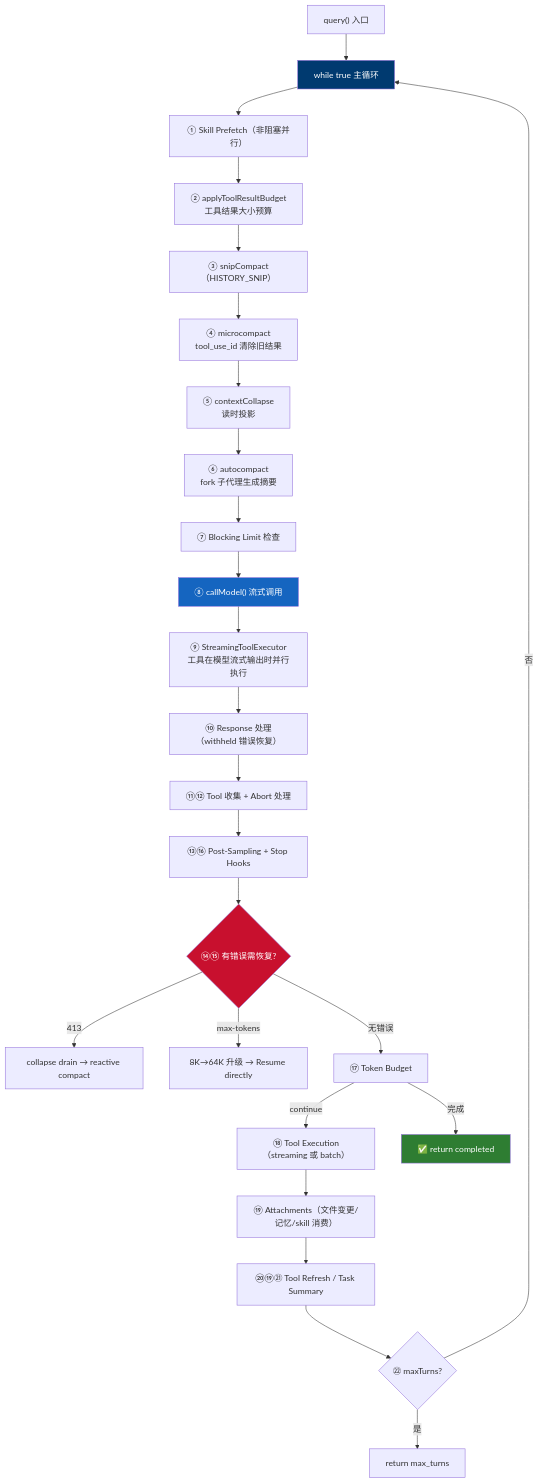
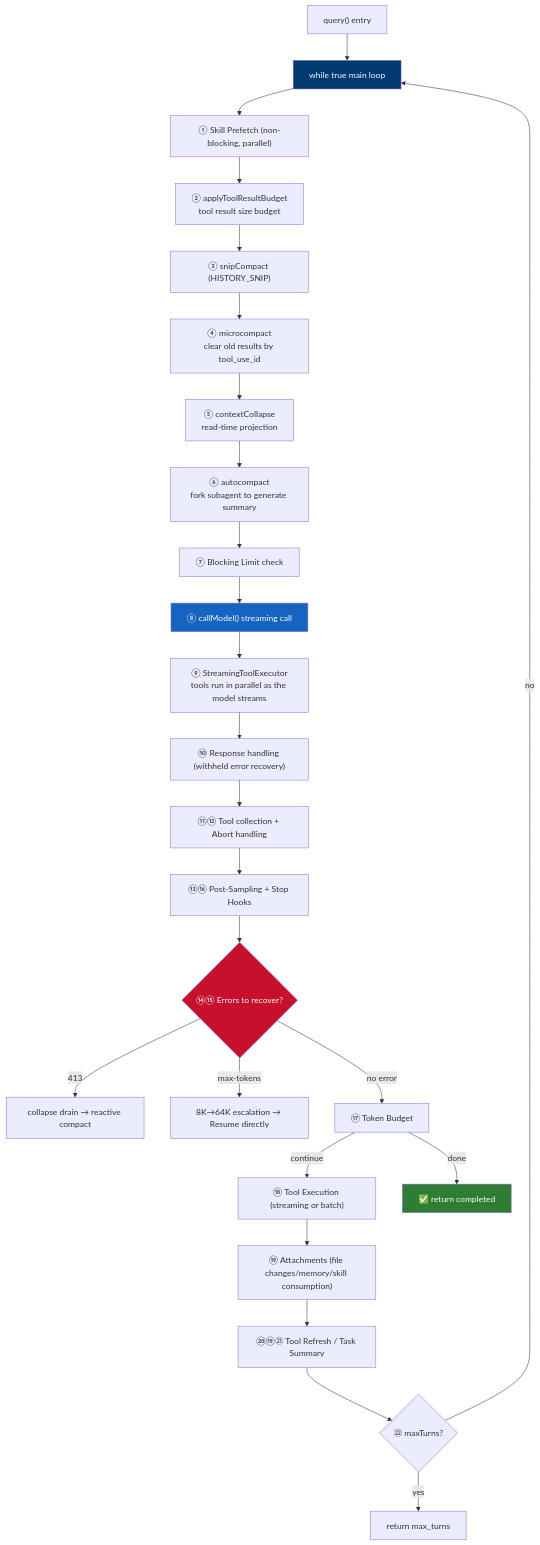
Before and after one commit to holny/Agent-Harness-Develop-Book: the first of 46 diagrams in README.md, drawn with Mermaid. The commit also changed other lines of this file and 66 other files, not shown here.

Commit message:
Add English edition (default) with Chinese version, redraw 8 interactive diagrams in English, translate mermaid/ASCII diagrams and code comments

````diff
--- a/README.md
+++ b/README.md
@@ -629,37 +686,37 @@
 ```mermaid
 flowchart TD
-    START["query() 入口"] --> LOOP[while true 主循环]
+    START["query() entry"] --> LOOP[while true main loop]
 
-    LOOP --> SUB1["① Skill Prefetch（非阻塞并行）"]
-    SUB1 --> SUB2["② applyToolResultBudget<br/>工具结果大小预算"]
-    SUB2 --> SUB3["③ snipCompact（HISTORY_SNIP）"]
-    SUB3 --> SUB4["④ microcompact<br/>tool_use_id 清除旧结果"]
-    SUB4 --> SUB5["⑤ contextCollapse<br/>读时投影"]
-    SUB5 --> SUB6["⑥ autocompact<br/>fork 子代理生成摘要"]
-    SUB6 --> SUB7["⑦ Blocking Limit 检查"]
-    SUB7 --> LLM["⑧ callModel() 流式调用"]
+    LOOP --> SUB1["① Skill Prefetch (non-blocking, parallel)"]
+    SUB1 --> SUB2["② applyToolResultBudget<br/>tool result size budget"]
+    SUB2 --> SUB3["③ snipCompact (HISTORY_SNIP)"]
+    SUB3 --> SUB4["④ microcompact<br/>clear old results by tool_use_id"]
+    SUB4 --> SUB5["⑤ contextCollapse<br/>read-time projection"]
+    SUB5 --> SUB6["⑥ autocompact<br/>fork subagent to generate summary"]
+    SUB6 --> SUB7["⑦ Blocking Limit check"]
+    SUB7 --> LLM["⑧ callModel() streaming call"]
 
-    LLM --> STREAM["⑨ StreamingToolExecutor<br/>工具在模型流式输出时并行执行"]
-    STREAM --> RESP["⑩ Response 处理（withheld 错误恢复）"]
-    RESP --> TOOLS["⑪⑫ Tool 收集 + Abort 处理"]
+    LLM --> STREAM["⑨ StreamingToolExecutor<br/>tools run in parallel as the model streams"]
+    STREAM --> RESP["⑩ Response handling (withheld error recovery)"]
+    RESP --> TOOLS["⑪⑫ Tool collection + Abort handling"]
     TOOLS --> HOOKS["⑬⑯ Post-Sampling + Stop Hooks"]
-    HOOKS --> RECOVERY{"⑭⑮ 有错误需恢复?"}
+    HOOKS --> RECOVERY{"⑭⑮ Errors to recover?"}
 
     RECOVERY -- 413 --> DRAIN["collapse drain → reactive compact"]
-    RECOVERY -- max-tokens --> ESCALATE["8K→64K 升级 → Resume directly"]
-    RECOVERY -- 无错误 --> BUDGET["⑰ Token Budget"]
+    RECOVERY -- max-tokens --> ESCALATE["8K→64K escalation → Resume directly"]
+    RECOVERY -- no error --> BUDGET["⑰ Token Budget"]
 
-    BUDGET -- continue --> TOOL_EXEC["⑱ Tool Execution（streaming 或 batch）"]
-    BUDGET -- 完成 --> DONE["✅ return completed"]
+    BUDGET -- continue --> TOOL_EXEC["⑱ Tool Execution (streaming or batch)"]
+    BUDGET -- done --> DONE["✅ return completed"]
 
-    TOOL_EXEC --> ATTACH["⑲ Attachments（文件变更/记忆/skill 消费）"]
+    TOOL_EXEC --> ATTACH["⑲ Attachments (file changes/memory/skill consumption)"]
     ATTACH --> REFRESH["⑳⑲㉑ Tool Refresh / Task Summary"]
     REFRESH --> MAXCHECK{"㉒ maxTurns?"}
-    MAXCHECK -- 否 --> LOOP
-    MAXCHECK -- 是 --> STOP["return max_turns"]
+    MAXCHECK -- no --> LOOP
+    MAXCHECK -- yes --> STOP["return max_turns"]
 
     style LOOP fill:#003A70,color:#fff
     style LLM fill:#1565C0,color:#fff
     style DONE fill:#2E7D32,color:#fff
     style RECOVERY fill:#C8102E,color:#fff
 ```
````
